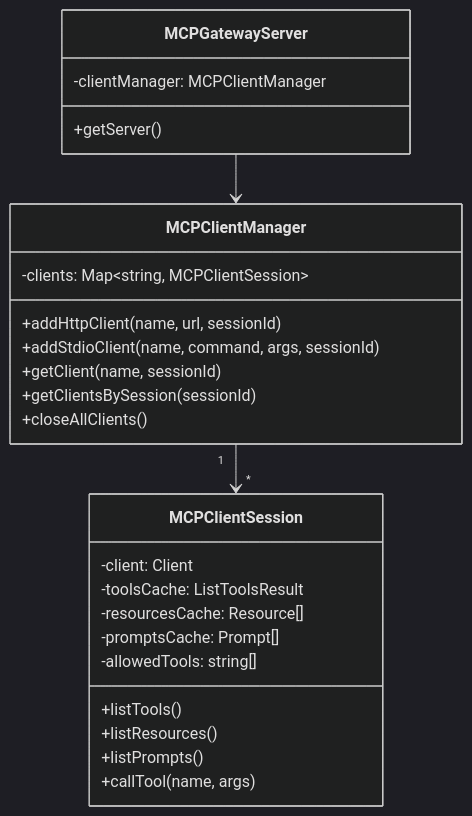
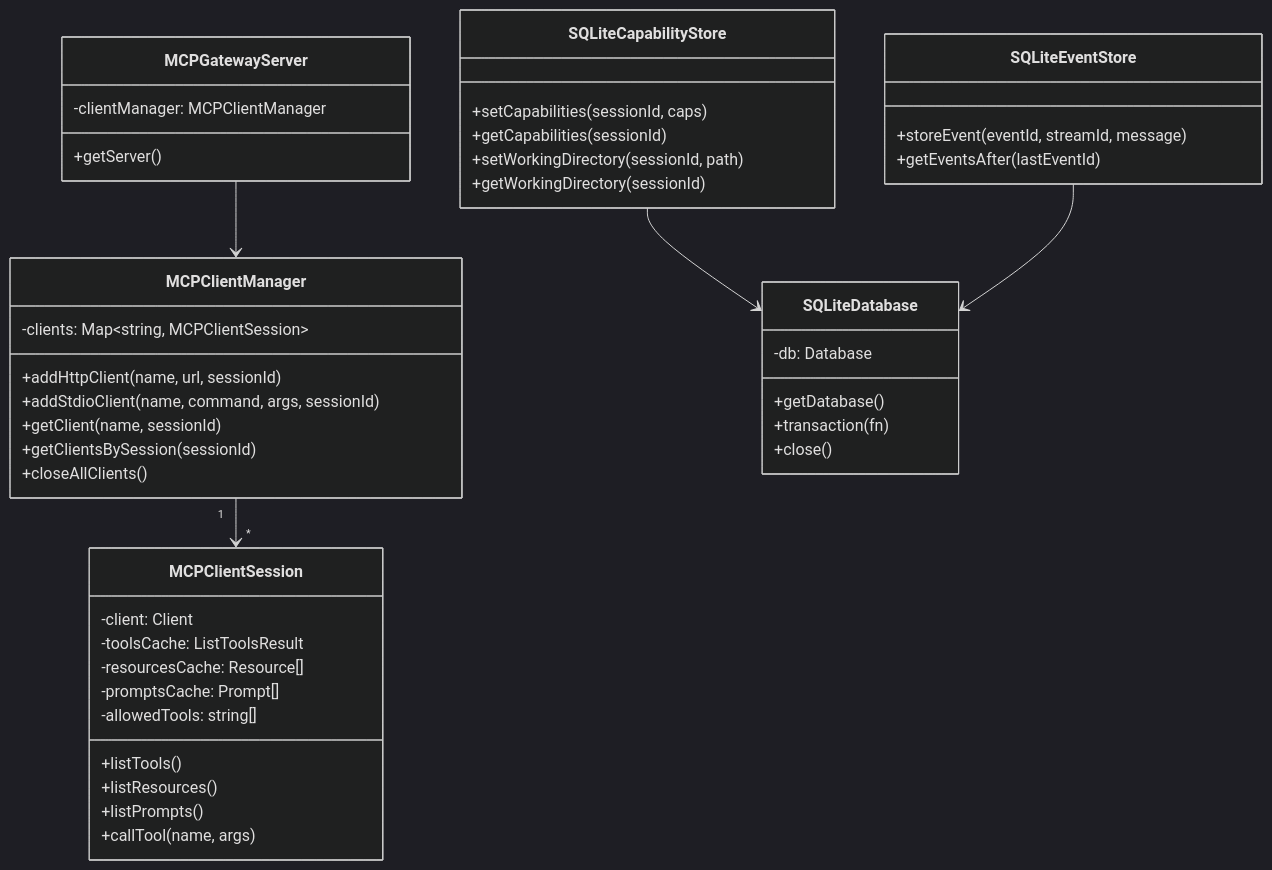
Before and after one commit to karashiiro/my-cool-proxy: the second of 8 diagrams in docs/design/session-management.md, drawn with Mermaid (dark theme). The commit also changed other lines of this file and 5 other files, not shown here.

````diff
--- a/docs/design/session-management.md
+++ b/docs/design/session-management.md
@@ -53,31 +53,52 @@
 ```mermaid
 classDiagram
     class MCPClientManager {
         -clients: Map~string, MCPClientSession~
         +addHttpClient(name, url, sessionId)
         +addStdioClient(name, command, args, sessionId)
         +getClient(name, sessionId)
         +getClientsBySession(sessionId)
         +closeAllClients()
     }
 
     class MCPClientSession {
         -client: Client
         -toolsCache: ListToolsResult
         -resourcesCache: Resource[]
         -promptsCache: Prompt[]
         -allowedTools: string[]
         +listTools()
         +listResources()
         +listPrompts()
         +callTool(name, args)
     }
 
     class MCPGatewayServer {
         -clientManager: MCPClientManager
         +getServer()
     }
 
+    class SQLiteDatabase {
+        -db: Database
+        +getDatabase()
+        +transaction(fn)
+        +close()
+    }
+
+    class SQLiteCapabilityStore {
+        +setCapabilities(sessionId, caps)
+        +getCapabilities(sessionId)
+        +setWorkingDirectory(sessionId, path)
+        +getWorkingDirectory(sessionId)
+    }
+
+    class SQLiteEventStore {
+        +storeEvent(eventId, streamId, message)
+        +getEventsAfter(lastEventId)
+    }
+
     MCPClientManager "1" --> "*" MCPClientSession
     MCPGatewayServer --> MCPClientManager
+    SQLiteCapabilityStore --> SQLiteDatabase
+    SQLiteEventStore --> SQLiteDatabase
 ```
````
